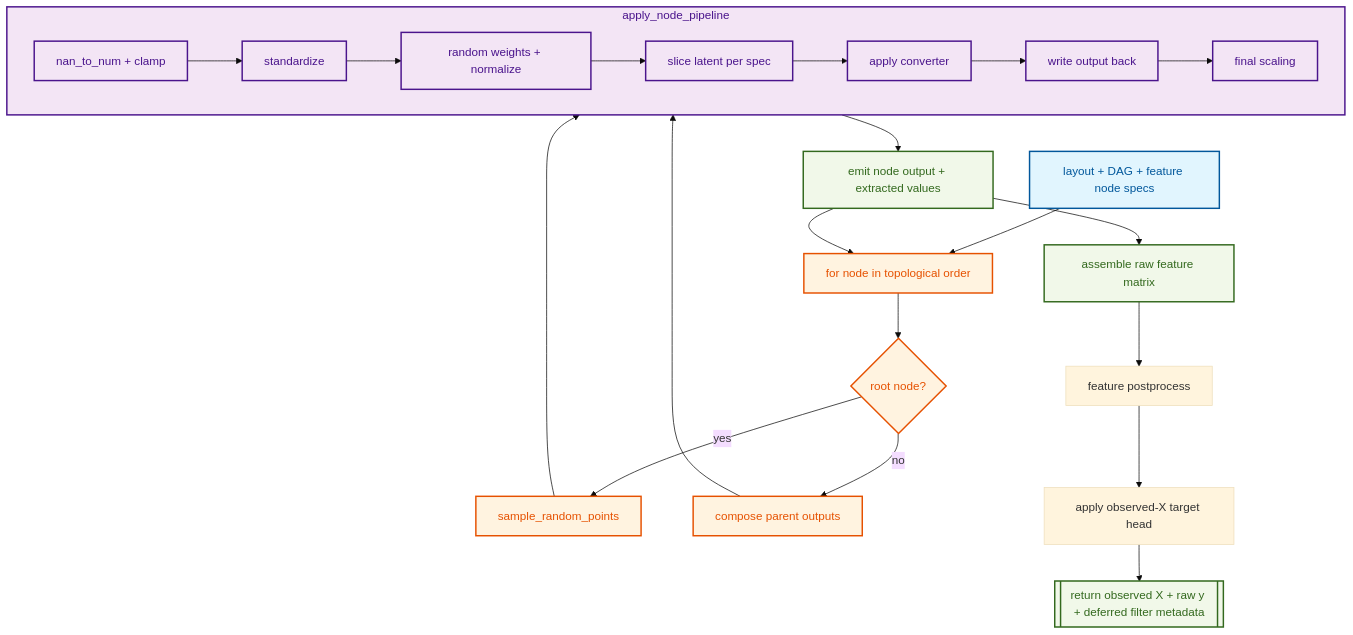
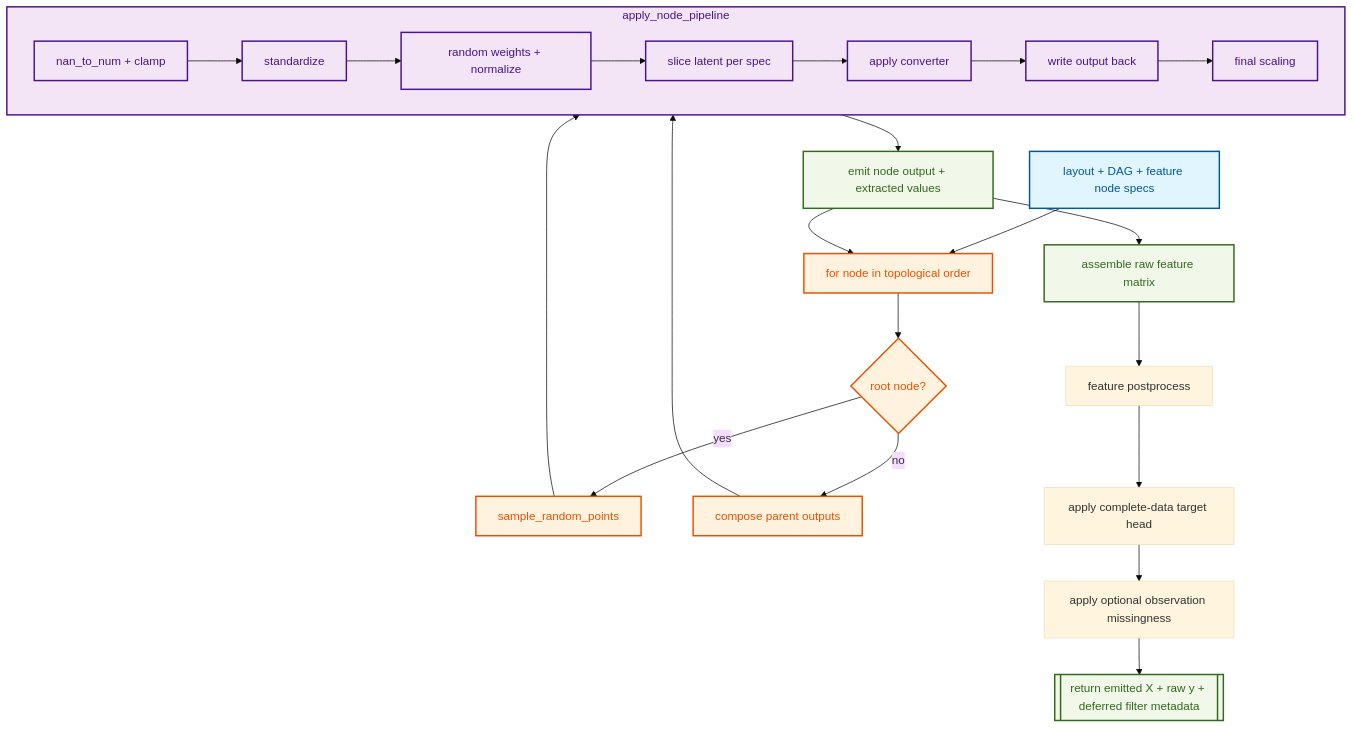
Before and after one commit to bensonlee5/cauchy-generator: the third of 3 diagrams in docs/how-it-works.md, drawn with Mermaid (base theme). The commit also changed other lines of this file and 25 other files, not shown here.

Commit message:
Correct latent complete-data prior semantics

````diff
--- a/docs/how-it-works.md
+++ b/docs/how-it-works.md
@@ -357,39 +368,40 @@
 ```mermaid
 flowchart TB
     %% Class Definitions
     classDef setup fill:#e1f5fe,stroke:#01579b,stroke-width:2px,color:#01579b
     classDef loop fill:#fff3e0,stroke:#e65100,stroke-width:2px,color:#e65100
     classDef pipe fill:#f3e5f5,stroke:#4a148c,stroke-width:2px,color:#4a148c
     classDef out fill:#f1f8e9,stroke:#33691e,stroke-width:2px,color:#33691e
 
     Setup[layout + DAG + feature node specs] --> Walk[for node in topological order]
     Walk --> Root{root node?}
 
     Root -- yes --> RootSample[sample_random_points]
     Root -- no --> ParentMix[compose parent outputs]
 
     RootSample --> Pipe
     ParentMix --> Pipe
 
     subgraph Pipe [apply_node_pipeline]
         Clean[nan_to_num + clamp] --> Std[standardize]
         Std --> Weight[random weights + normalize]
         Weight --> Slice[slice latent per spec]
         Slice --> Convert[apply converter]
         Convert --> Feedback[write output back]
         Feedback --> Scale[final scaling]
     end
 
     Pipe --> Emit[emit node output + extracted values]
     Emit --> Walk
     Emit --> Assemble[assemble raw feature matrix]
     Assemble --> PostX[feature postprocess]
-    PostX --> TargetHead[apply observed-X target head]
-    TargetHead --> Out[[return observed X + raw y + deferred filter metadata]]
+    PostX --> TargetHead[apply complete-data target head]
+    TargetHead --> Missing[apply optional observation missingness]
+    Missing --> Out[[return emitted X + raw y + deferred filter metadata]]
 
     %% Assign Classes
     class Setup setup
     class Walk,Root,RootSample,ParentMix loop
     class Clean,Std,Weight,Slice,Convert,Feedback,Scale,Pipe pipe
     class Emit,Assemble,Out out
 ```
````
